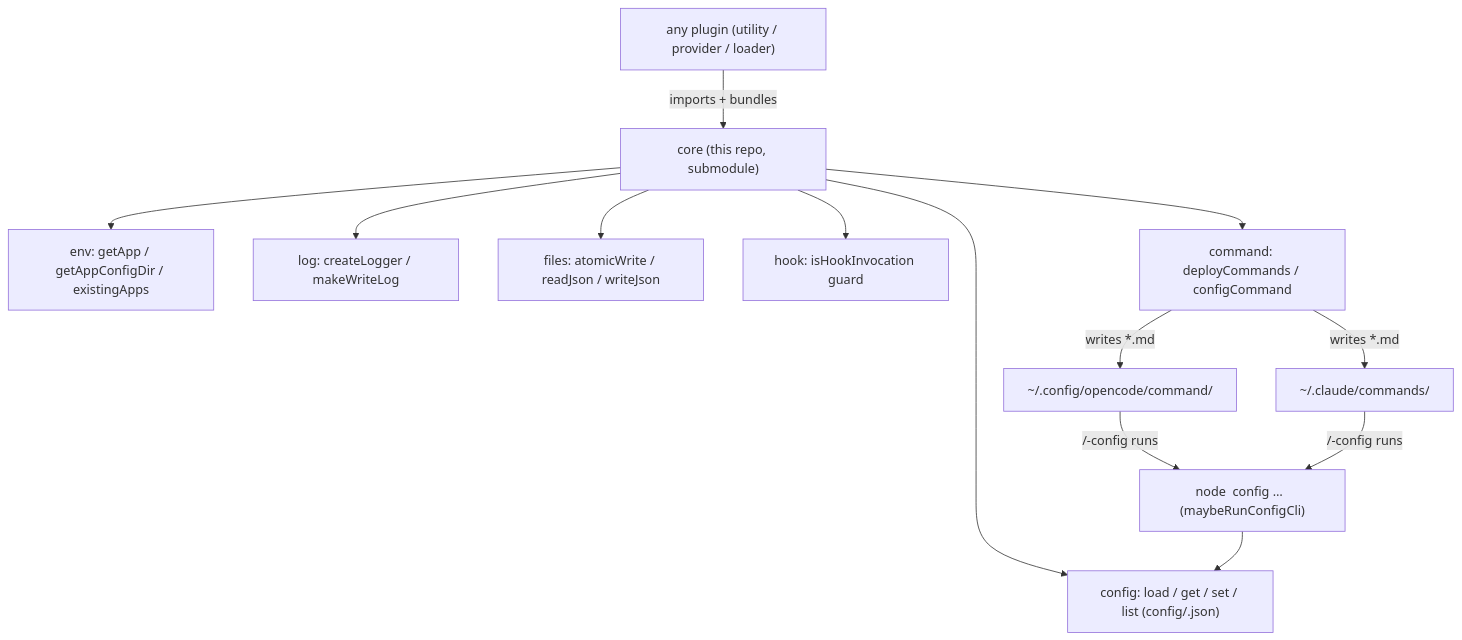
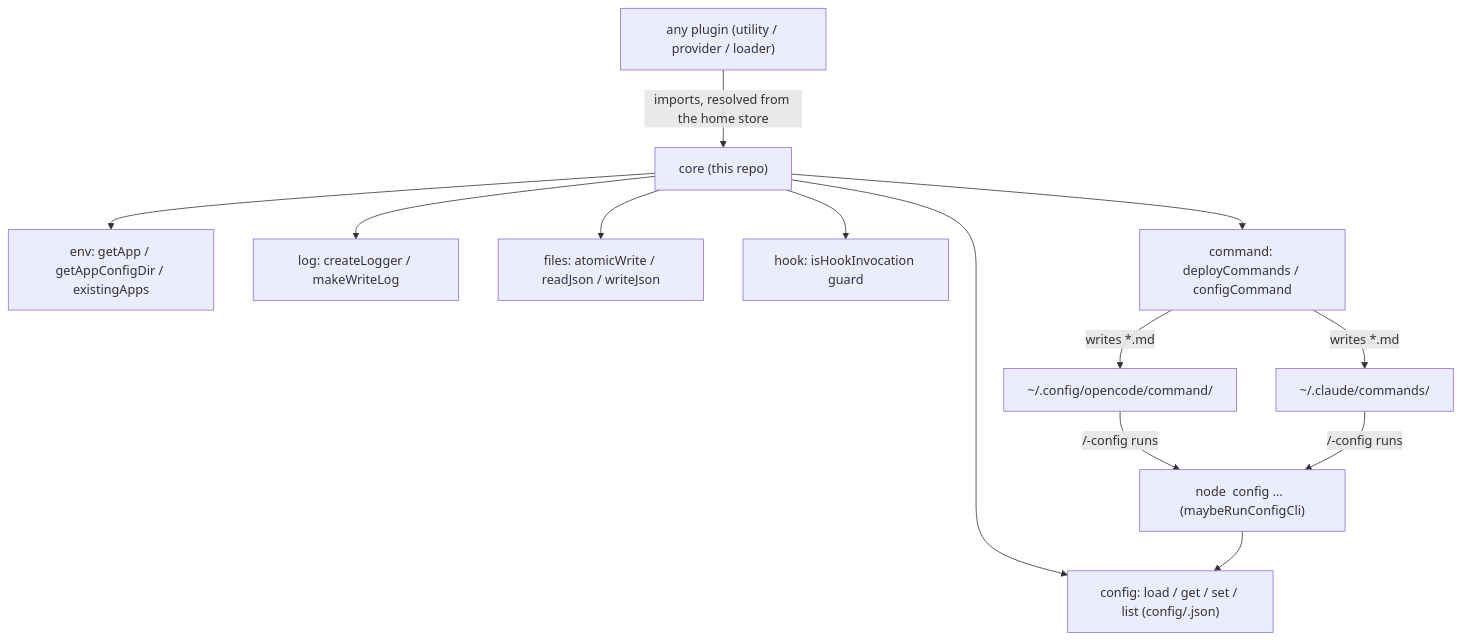
One commit to intisy-ai/core changed the diagram in README.md. Above: the diagram before and after it, drawn with Mermaid. The commit also changed other lines of this file, not shown here.

````diff
--- a/README.md
+++ b/README.md
@@ -11,15 +11,15 @@
 ```mermaid
 flowchart TD
-    PLUGIN["any plugin (utility / provider / loader)"] -->|imports + bundles| CORE["core (this repo, submodule)"]
+    PLUGIN["any plugin (utility / provider / loader)"] -->|imports, resolved from the home store| CORE["core (this repo)"]
     CORE --> ENV["env: getApp / getAppConfigDir / existingApps"]
     CORE --> CFG["config: load / get / set / list (config/<name>.json)"]
     CORE --> LOG["log: createLogger / makeWriteLog"]
     CORE --> FILES["files: atomicWrite / readJson / writeJson"]
     CORE --> HOOK["hook: isHookInvocation guard"]
     CORE --> CMD["command: deployCommands / configCommand"]
     CMD -->|writes *.md| OCDIR["~/.config/opencode/command/"]
     CMD -->|writes *.md| CCDIR["~/.claude/commands/"]
     OCDIR -->|/<plugin>-config runs| CLI["node <bundle> config …  (maybeRunConfigCli)"]
     CCDIR -->|/<plugin>-config runs| CLI
     CLI --> CFG
 ```
````
